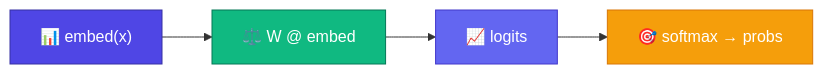
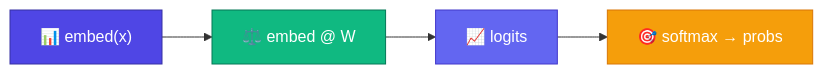
One commit to bhNibir/build-own-llm changed the diagram in content/docs/part-06-neural-lm/02-weight-matrix.mdx. Above: the diagram before and after it, drawn with Mermaid. The commit also changed other lines of this file and 4 other files, not shown here.

````diff
--- a/content/docs/part-06-neural-lm/02-weight-matrix.mdx
+++ b/content/docs/part-06-neural-lm/02-weight-matrix.mdx
@@ -16,10 +16,10 @@
 ```mermaid
 flowchart LR
-    A["📊 embed(x)"]:::input --> B["⚖️ W @ embed"]:::matmul
+    A["📊 embed(x)"]:::input --> B["⚖️ embed @ W"]:::matmul
     B --> C["📈 logits"]:::output
     C --> D["🎯 softmax → probs"]:::softmax
     classDef input fill:#4F46E5,color:#fff,stroke:#3730A3
     classDef matmul fill:#10B981,color:#fff,stroke:#047857
     classDef output fill:#6366F1,color:#fff,stroke:#4338CA
     classDef softmax fill:#F59E0B,color:#fff,stroke:#D97706
 ```
````
